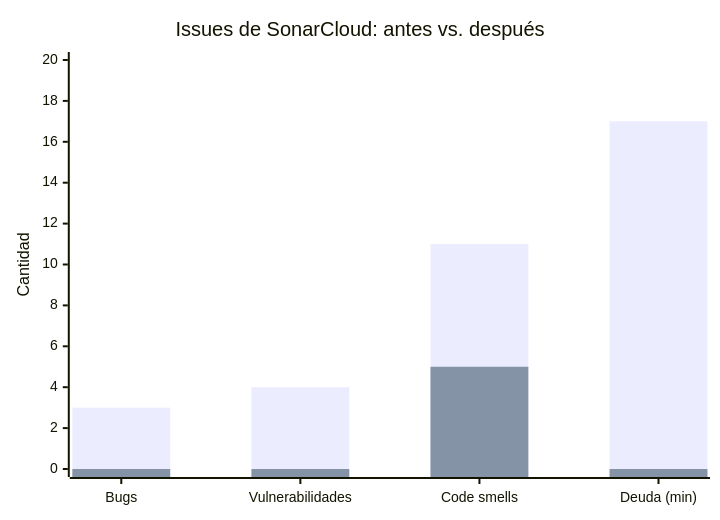
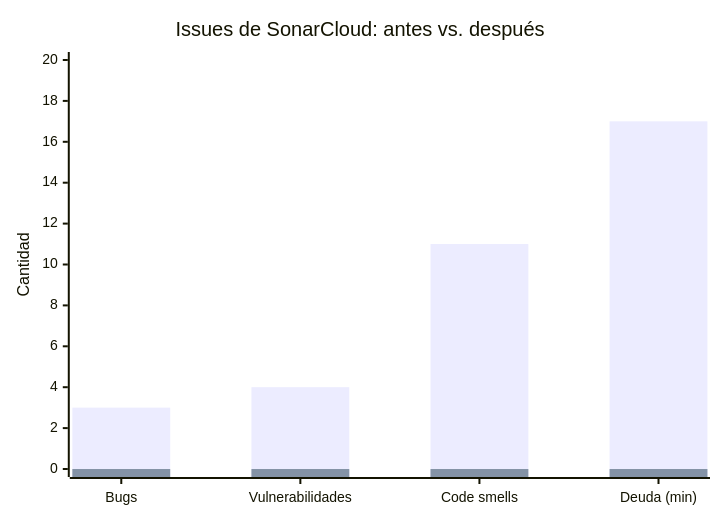
The first of 2 diagrams in docs/Reporte-Mejora.md (zenvy-crm/seminario-project), drawn with Mermaid before and after one commit. The commit also changed other lines of this file and 1 other file, not shown here.

````diff
--- a/docs/Reporte-Mejora.md
+++ b/docs/Reporte-Mejora.md
@@ -38,8 +38,8 @@
 ```mermaid
 xychart-beta
     title "Issues de SonarCloud: antes vs. después"
     x-axis ["Bugs", "Vulnerabilidades", "Code smells", "Deuda (min)"]
     y-axis "Cantidad" 0 --> 20
     bar [3, 4, 11, 17]
-    bar [0, 0, 5, 0]
+    bar [0, 0, 0, 0]
 ```
````
